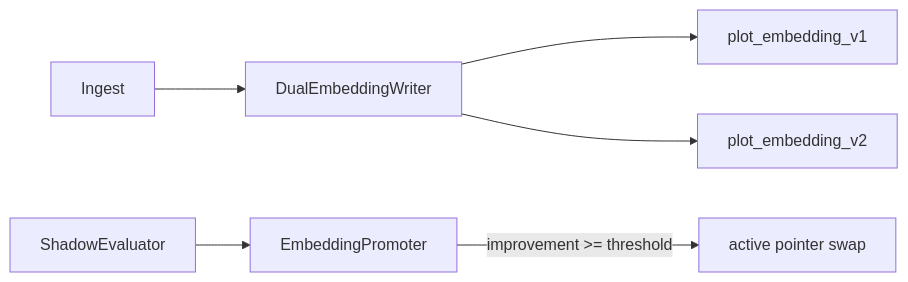
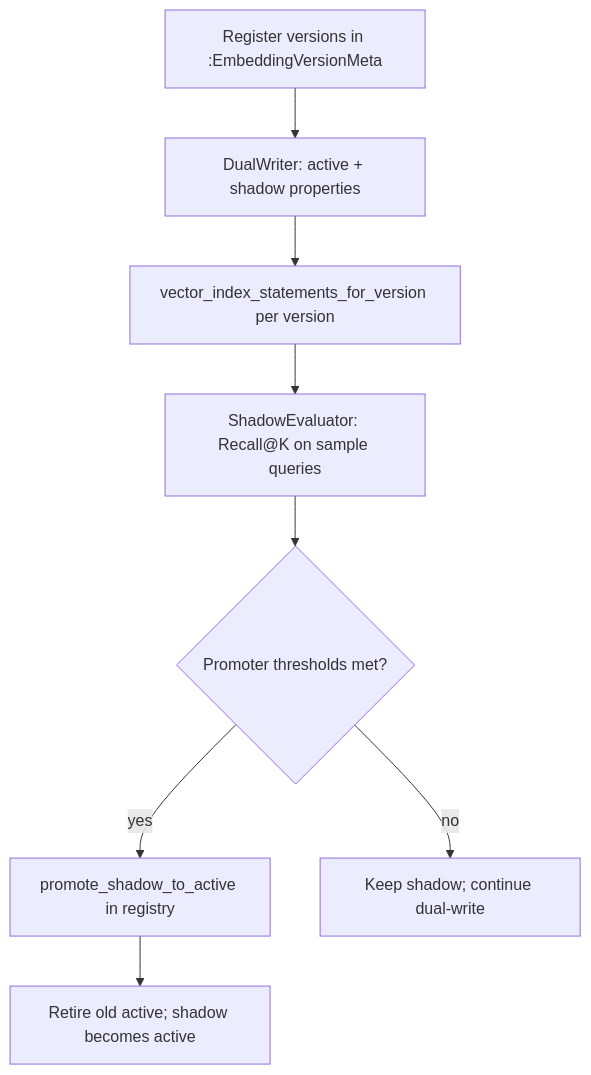
Before and after one commit to kakao4-KAKAMU/KAKAMU_DE: the diagram in docs/versioned_embedding.md, drawn with Mermaid. The commit also changed other lines of this file and 10 other files, not shown here.

Commit message:
feat: merge versioned-embedding worktree (enhanced registry and dual-write)

````diff
--- a/docs/versioned_embedding.md
+++ b/docs/versioned_embedding.md
@@ -3,8 +7,10 @@
 ```mermaid
-flowchart LR
-    Ingest[Ingest] --> DualWrite[DualEmbeddingWriter]
-    DualWrite --> ActiveProp[plot_embedding_v1]
-    DualWrite --> ShadowProp[plot_embedding_v2]
-    ShadowEval[ShadowEvaluator] --> Promoter[EmbeddingPromoter]
-    Promoter -->|improvement >= threshold| Swap[active pointer swap]
+flowchart TD
+    A[Register versions in :EmbeddingVersionMeta] --> B[DualWriter: active + shadow properties]
+    B --> C[vector_index_statements_for_version per version]
+    C --> D[ShadowEvaluator: Recall@K on sample queries]
+    D --> E{Promoter thresholds met?}
+    E -->|yes| F[promote_shadow_to_active in registry]
+    E -->|no| G[Keep shadow; continue dual-write]
+    F --> H[Retire old active; shadow becomes active]
 ```
````
